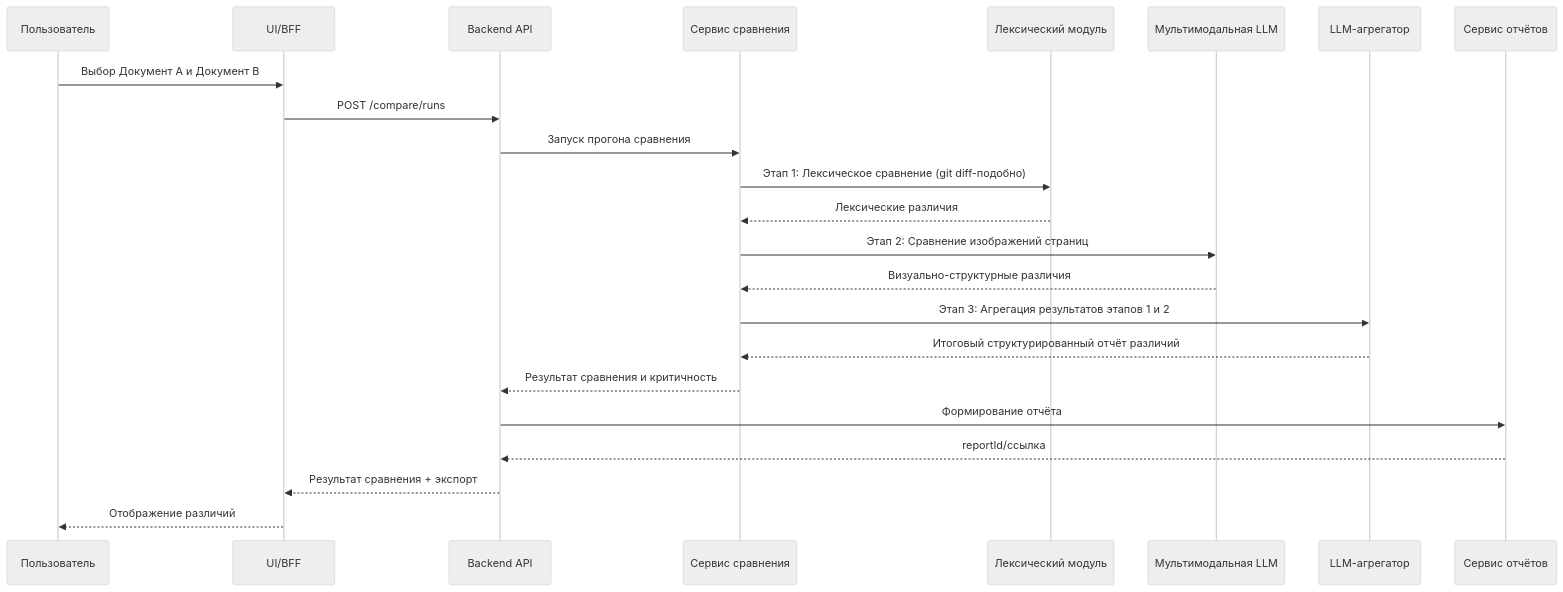
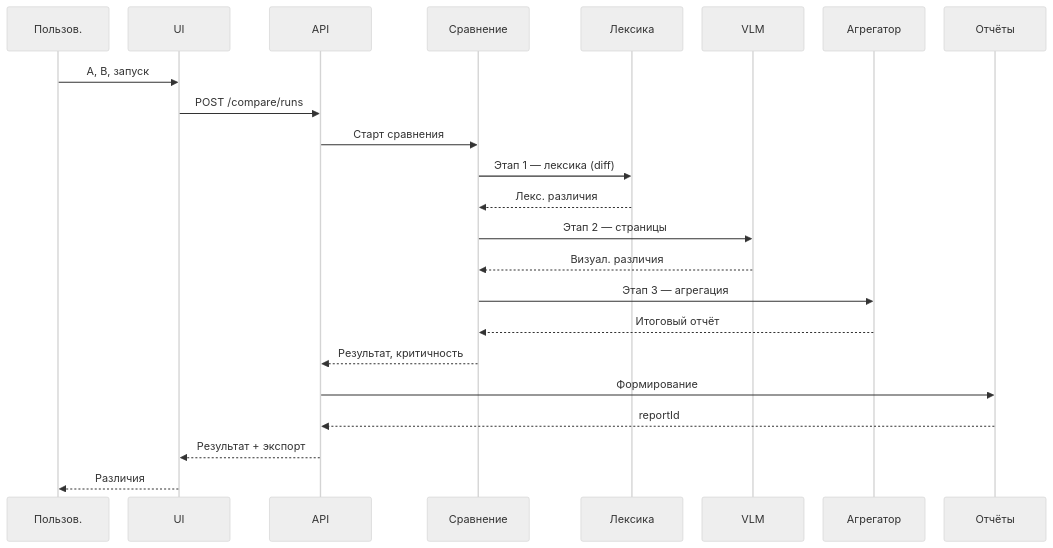
Diagram 16 of 19 in TZ/1.Пояснительная записка к техническому проекту.md (Trump68/infra), drawn with Mermaid (neutral theme) before and after one commit. The commit also changed other lines of this file, not shown here.

First line of the commit message:
docs: refine Фармадок documentation with updated sequence diagrams and terminology

````diff
--- a/TZ/1.Пояснительная записка к техническому проекту.md
+++ b/TZ/1.Пояснительная записка к техническому проекту.md
@@ -2160,26 +2161,27 @@
 ```mermaid
+%%{init: {"sequence": {"actorMargin": 28, "messageMargin": 18, "boxMargin": 6, "noteMargin": 8}}}%%
 sequenceDiagram
-  participant U as Пользователь
-  participant UI as UI/BFF
-  participant API as Backend API
-  participant CMP as Сервис сравнения
-  participant TXT as Лексический модуль
-  participant VLM as Мультимодальная LLM
-  participant LLM as LLM-агрегатор
-  participant REP as Сервис отчётов
+  participant U as Пользов.
+  participant UI as UI
+  participant API as API
+  participant CMP as Сравнение
+  participant TXT as Лексика
+  participant VLM as VLM
+  participant LLM as Агрегатор
+  participant REP as Отчёты
 
-  U->>UI: Выбор Документ A и Документ B
+  U->>UI: A, B, запуск
   UI->>API: POST /compare/runs
-  API->>CMP: Запуск прогона сравнения
-  CMP->>TXT: Этап 1: Лексическое сравнение (git diff-подобно)
-  TXT-->>CMP: Лексические различия
-  CMP->>VLM: Этап 2: Сравнение изображений страниц
-  VLM-->>CMP: Визуально-структурные различия
-  CMP->>LLM: Этап 3: Агрегация результатов этапов 1 и 2
-  LLM-->>CMP: Итоговый структурированный отчёт различий
-  CMP-->>API: Результат сравнения и критичность
-  API->>REP: Формирование отчёта
-  REP-->>API: reportId/ссылка
-  API-->>UI: Результат сравнения + экспорт
-  UI-->>U: Отображение различий
+  API->>CMP: Старт сравнения
+  CMP->>TXT: Этап 1 — лексика (diff)
+  TXT-->>CMP: Лекс. различия
+  CMP->>VLM: Этап 2 — страницы
+  VLM-->>CMP: Визуал. различия
+  CMP->>LLM: Этап 3 — агрегация
+  LLM-->>CMP: Итоговый отчёт
+  CMP-->>API: Результат, критичность
+  API->>REP: Формирование
+  REP-->>API: reportId
+  API-->>UI: Результат + экспорт
+  UI-->>U: Различия
 ```
````
